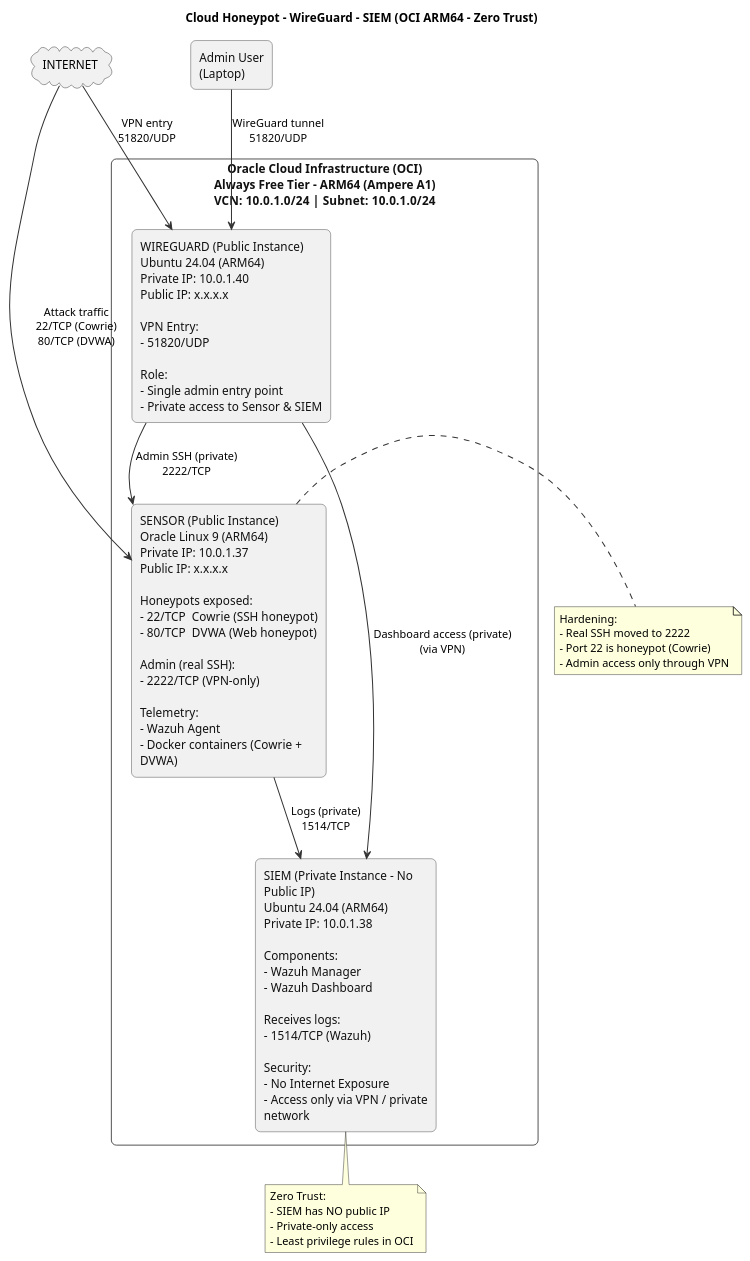
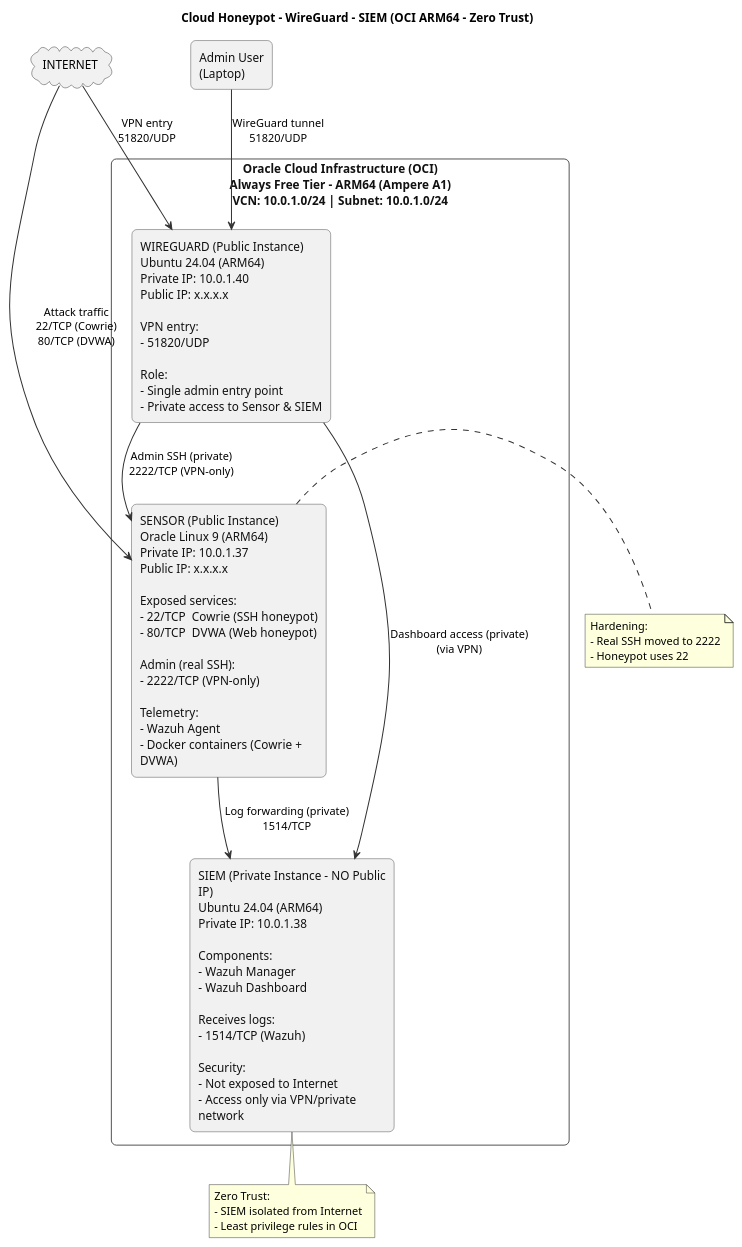
The diagram in diagrams/topologia.puml (LuigiDelSordo/Cloud-Honeypot-WireGuard-SIEM), drawn with PlantUML before and after one commit.

```diff
--- a/diagrams/topologia.puml
+++ b/diagrams/topologia.puml
@@ -1,69 +1,57 @@
 @startuml
-' =========================
-' STYLE (limpio y portfolio)
-' =========================
 skinparam backgroundColor white
 skinparam shadowing false
 skinparam defaultFontName Arial
 skinparam ArrowThickness 1.2
 skinparam ArrowColor #333333
 skinparam RectangleBorderColor #333333
 skinparam RectangleFontColor #111111
 skinparam RectangleRoundCorner 12
-skinparam wrapWidth 220
-skinparam maxMessageSize 180
+skinparam wrapWidth 240
+skinparam maxMessageSize 220
 
 title Cloud Honeypot – WireGuard – SIEM (OCI ARM64 – Zero Trust)
 
-' =========================
-' NODES
-' =========================
 cloud "INTERNET" as Internet
 rectangle "Admin User\n(Laptop)" as Admin
 
-rectangle "Oracle Cloud Infrastructure (OCI)\nAlways Free Tier – ARM64 (Ampere A1)\nVCN: 10.0.1.0/24  |  Subnet: 10.0.1.0/24" as OCI {
+rectangle "Oracle Cloud Infrastructure (OCI)\nAlways Free Tier – ARM64 (Ampere A1)\nVCN: 10.0.1.0/24 | Subnet: 10.0.1.0/24" as OCI {
 
+  ' --- fila superior: 2 columnas
   together {
-    rectangle "SENSOR (Public Instance)\nOracle Linux 9 (ARM64)\nPrivate IP: 10.0.1.37\nPublic IP: x.x.x.x\n\nHoneypots exposed:\n- 22/TCP  Cowrie (SSH honeypot)\n- 80/TCP  DVWA (Web honeypot)\n\nAdmin (real SSH):\n- 2222/TCP (VPN-only)\n\nTelemetry:\n- Wazuh Agent\n- Docker containers (Cowrie + DVWA)" as Sensor
+    rectangle "SENSOR (Public Instance)\nOracle Linux 9 (ARM64)\nPrivate IP: 10.0.1.37\nPublic IP: x.x.x.x\n\nExposed services:\n- 22/TCP  Cowrie (SSH honeypot)\n- 80/TCP  DVWA (Web honeypot)\n\nAdmin (real SSH):\n- 2222/TCP (VPN-only)\n\nTelemetry:\n- Wazuh Agent\n- Docker containers (Cowrie + DVWA)" as Sensor
 
-    rectangle "WIREGUARD (Public Instance)\nUbuntu 24.04 (ARM64)\nPrivate IP: 10.0.1.40\nPublic IP: x.x.x.x\n\nVPN Entry:\n- 51820/UDP\n\nRole:\n- Single admin entry point\n- Private access to Sensor & SIEM" as WG
+    rectangle "WIREGUARD (Public Instance)\nUbuntu 24.04 (ARM64)\nPrivate IP: 10.0.1.40\nPublic IP: x.x.x.x\n\nVPN entry:\n- 51820/UDP\n\nRole:\n- Single admin entry point\n- Private access to Sensor & SIEM" as WG
   }
 
-  rectangle "SIEM (Private Instance – No Public IP)\nUbuntu 24.04 (ARM64)\nPrivate IP: 10.0.1.38\n\nComponents:\n- Wazuh Manager\n- Wazuh Dashboard\n\nReceives logs:\n- 1514/TCP (Wazuh)\n\nSecurity:\n- No Internet Exposure\n- Access only via VPN / private network" as SIEM
+  ' --- fila inferior: SIEM centrado
+  rectangle "SIEM (Private Instance – NO Public IP)\nUbuntu 24.04 (ARM64)\nPrivate IP: 10.0.1.38\n\nComponents:\n- Wazuh Manager\n- Wazuh Dashboard\n\nReceives logs:\n- 1514/TCP (Wazuh)\n\nSecurity:\n- Not exposed to Internet\n- Access only via VPN/private network" as SIEM
 
+  ' Truco: “links invisibles” para forzar la colocación (mejora layout)
+  Sensor -[hidden]-> SIEM
+  WG     -[hidden]-> SIEM
 }
 
-' =========================
-' FLOWS (separados por color lógico)
-' =========================
+' --- Flujos (flechas cortas y claras)
+Internet --> Sensor : Attack traffic\n22/TCP (Cowrie)\n80/TCP (DVWA)
+Internet --> WG     : VPN entry\n51820/UDP
 
-' Public attack traffic
-Internet --> Sensor : Attack traffic\n22/TCP (Cowrie)\n80/TCP (DVWA)
-Internet --> WG : VPN entry\n51820/UDP
+Sensor --> SIEM : Log forwarding (private)\n1514/TCP
 
-' Private log forwarding
-Sensor --> SIEM : Logs (private)\n1514/TCP
+Admin --> WG    : WireGuard tunnel\n51820/UDP
+WG --> Sensor   : Admin SSH (private)\n2222/TCP (VPN-only)
+WG --> SIEM     : Dashboard access (private)\n(via VPN)
 
-' Admin path via VPN
-Admin --> WG : WireGuard tunnel\n51820/UDP
-WG --> Sensor : Admin SSH (private)\n2222/TCP
-WG --> SIEM : Dashboard access (private)\n(via VPN)
-
-' =========================
-' NOTES (hardening / zero trust)
-' =========================
 note right of Sensor
 Hardening:
 - Real SSH moved to 2222
-- Port 22 is honeypot (Cowrie)
-- Admin access only through VPN
+- Honeypot uses 22
 end note
 
 note bottom of SIEM
 Zero Trust:
-- SIEM has NO public IP
-- Private-only access
+- SIEM isolated from Internet
 - Least privilege rules in OCI
 end note
 
 @enduml
```
